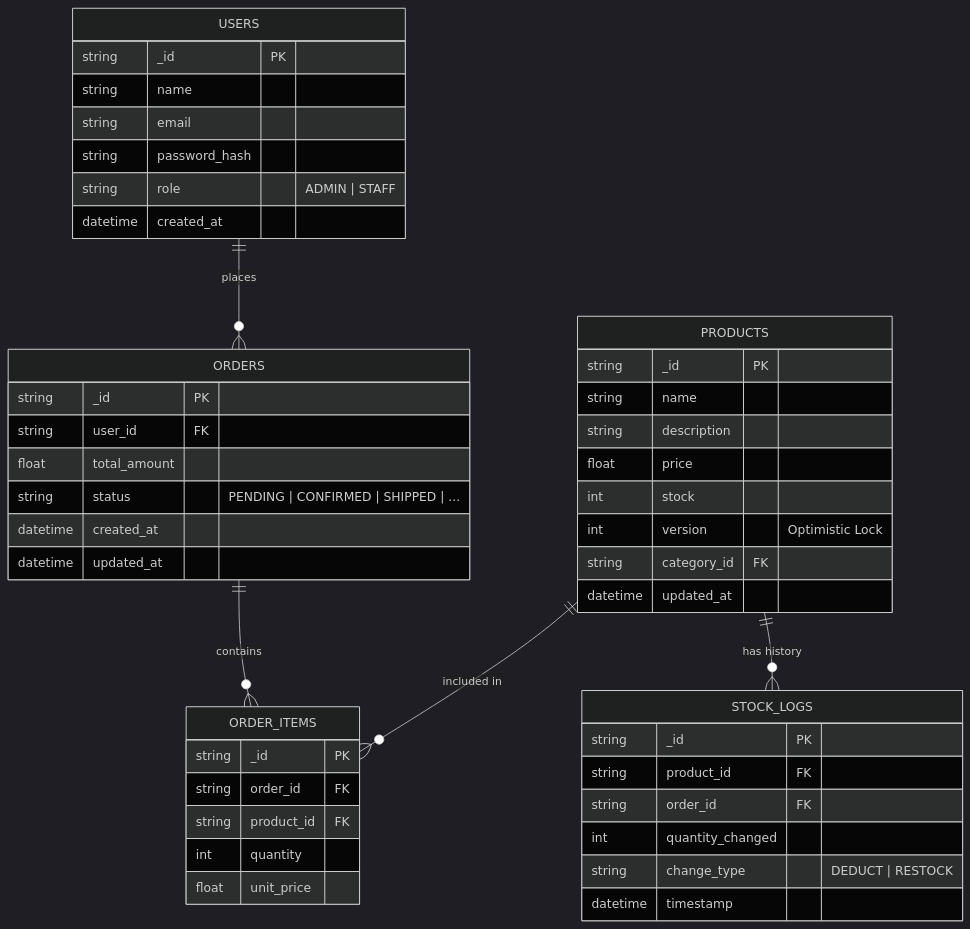
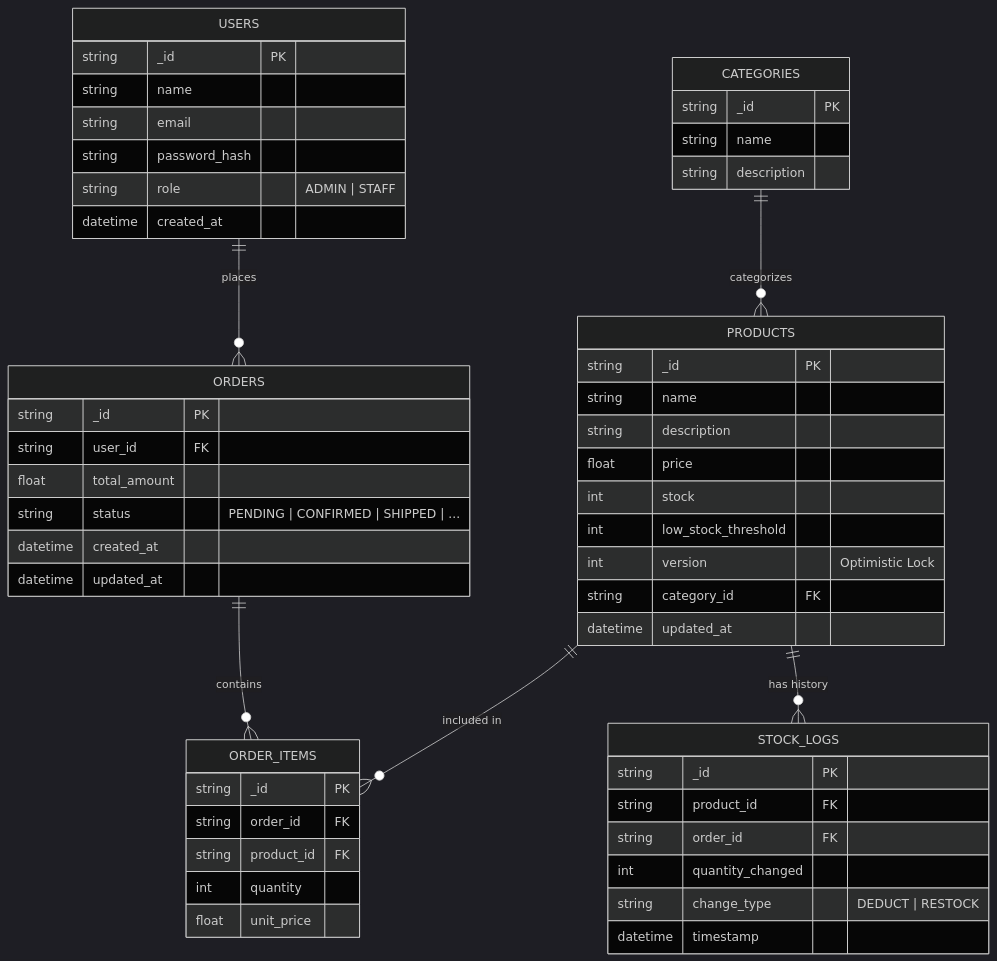
One commit to Hariksh/SESD_PROJECT changed the diagram in er_diagram.md. Above: the diagram before and after it, drawn with Mermaid (dark theme). The commit also changed 2 other files, not shown here.

Commit message:
idea.md setup

````diff
--- a/er_diagram.md
+++ b/er_diagram.md
@@ -1,60 +1,69 @@
 ```mermaid
 erDiagram
 
     USERS {
         string _id PK
         string name
         string email
         string password_hash
         string role "ADMIN | STAFF"
         datetime created_at
     }
 
+    CATEGORIES {
+        string _id PK
+        string name
+        string description
+    }
+
     PRODUCTS {
         string _id PK
         string name
         string description
         float price
         int stock
+        int low_stock_threshold
         int version "Optimistic Lock"
         string category_id FK
         datetime updated_at
     }
+
+    CATEGORIES ||--o{ PRODUCTS : categorizes
 
     ORDERS {
         string _id PK
         string user_id FK
         float total_amount
         string status "PENDING | CONFIRMED | SHIPPED | ..."
         datetime created_at
         datetime updated_at
     }
 
     ORDER_ITEMS {
         string _id PK
         string order_id FK
         string product_id FK
         int quantity
         float unit_price
     }
 
     STOCK_LOGS {
         string _id PK
         string product_id FK
         string order_id FK
         int quantity_changed
         string change_type "DEDUCT | RESTOCK"
         datetime timestamp
     }
 
     USERS ||--o{ ORDERS : places
     ORDERS ||--o{ ORDER_ITEMS : contains
     PRODUCTS ||--o{ ORDER_ITEMS : "included in"
     PRODUCTS ||--o{ STOCK_LOGS : "has history"
 
 %% Flow Summary
 %% 1. **Data Integrity**: `USERS` table stores hashed passwords (`password_hash`) for security.
 %% 2. **Concurrency Control**: `PRODUCTS` table includes a `version` column to support optimistic locking, crucial for atomic stock updates in a high-concurrency environment.
 %% 3. **Order Lifecycle**: `ORDERS` table tracks the `status` of an order, supporting lifecycle management queries.
 %% 4. **Audit Trail**: `STOCK_LOGS` entity (optional but recommended for robustness) provides a history of all stock changes for accountability.
 ```
````
